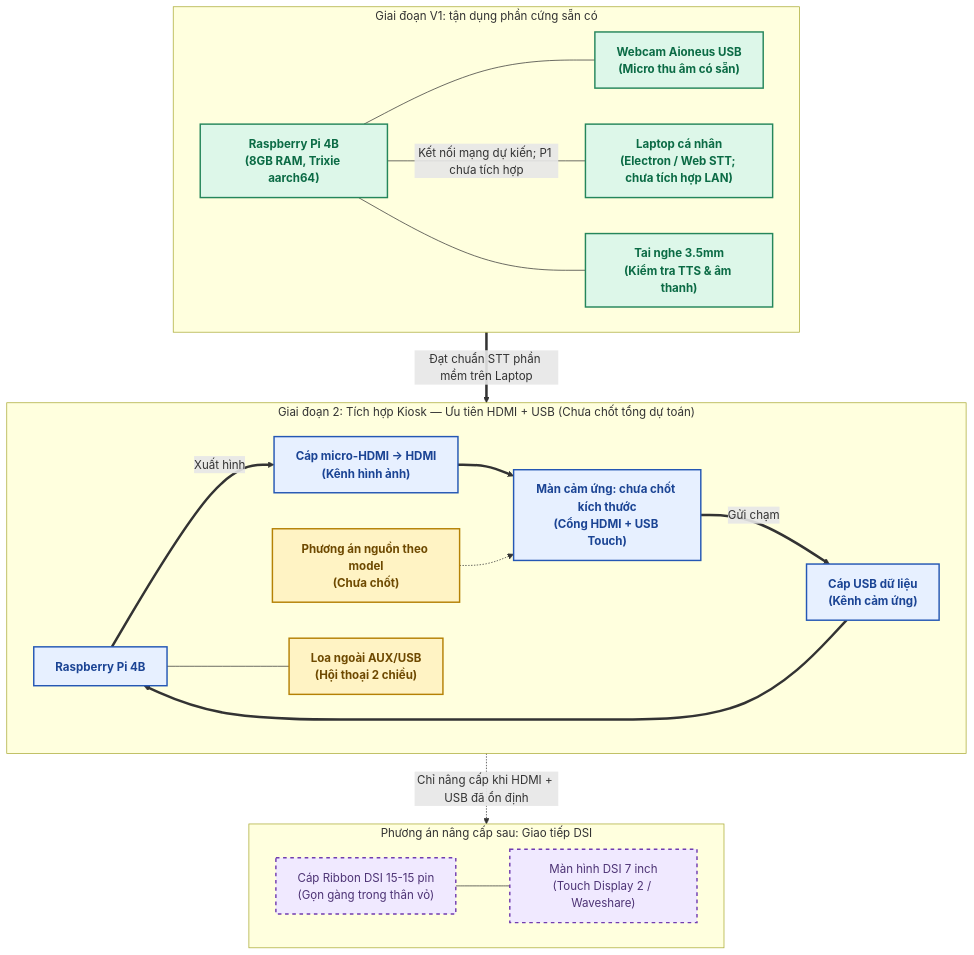
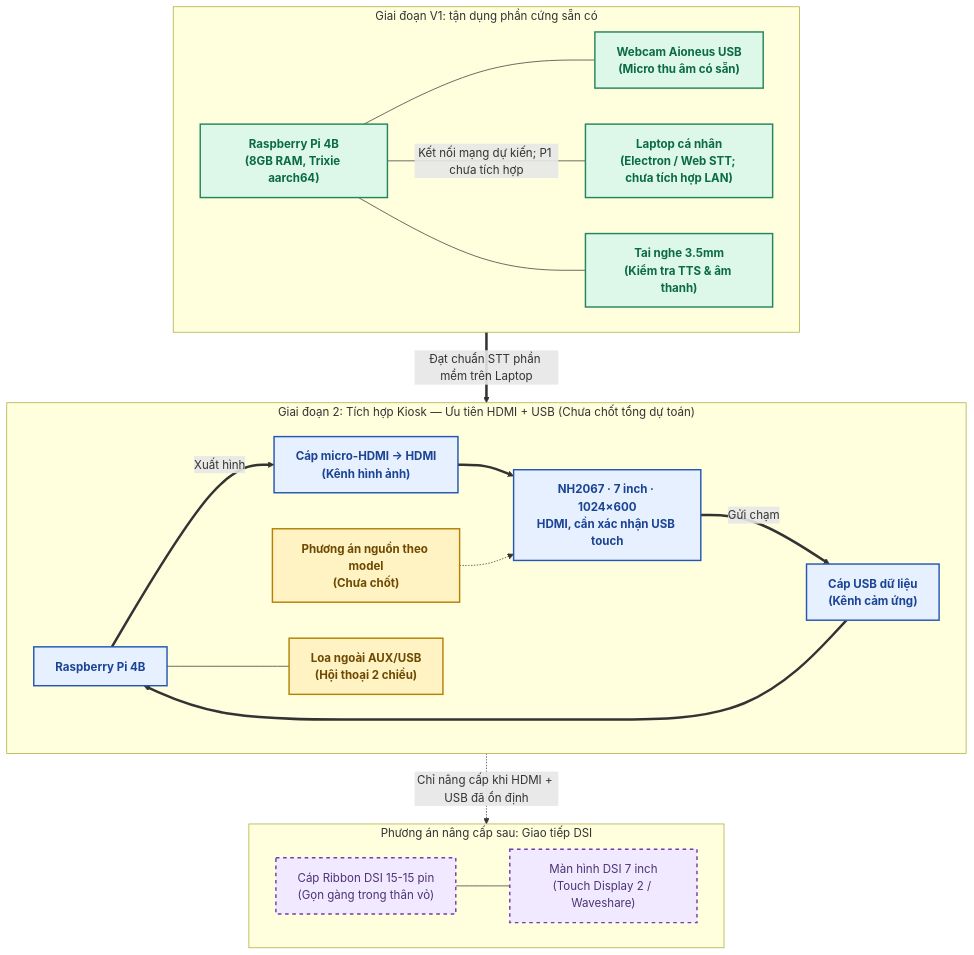
Before and after one commit to Violetta147/PBL6: the diagram in STT_BOM.md, drawn with Mermaid. The commit also changed other lines of this file and 2 other files, not shown here.

````diff
--- a/STT_BOM.md
+++ b/STT_BOM.md
@@ -36,48 +36,48 @@
 ```mermaid
 flowchart TD
     subgraph V1["Giai đoạn V1: tận dụng phần cứng sẵn có"]
         direction LR
         Pi4["Raspberry Pi 4B<br/>(8GB RAM, Trixie aarch64)"]
         CamMic["Webcam Aioneus USB<br/>(Micro thu âm có sẵn)"]
         LaptopScreen["Laptop cá nhân<br/>(Electron / Web STT; chưa tích hợp LAN)"]
         Headphone["Tai nghe 3.5mm<br/>(Kiểm tra TTS & âm thanh)"]
         Pi4 --- CamMic
         Pi4 ---|"Kết nối mạng dự kiến; P1 chưa tích hợp"| LaptopScreen
         Pi4 --- Headphone
     end
 
     subgraph Phase2["Giai đoạn 2: Tích hợp Kiosk — Ưu tiên HDMI + USB (Chưa chốt tổng dự toán)"]
         direction LR
         Pi4_Kiosk["Raspberry Pi 4B"]
-        ScreenHDMI["Màn cảm ứng: chưa chốt kích thước<br/>(Cổng HDMI + USB Touch)"]
+        ScreenHDMI["NH2067 · 7 inch · 1024×600<br/>HDMI, cần xác nhận USB touch"]
         microHDMI["Cáp micro-HDMI → HDMI<br/>(Kênh hình ảnh)"]
         usbTouch["Cáp USB dữ liệu<br/>(Kênh cảm ứng)"]
         pwrScreen["Phương án nguồn theo model<br/>(Chưa chốt)"]
         speaker["Loa ngoài AUX/USB<br/>(Hội thoại 2 chiều)"]
 
         Pi4_Kiosk ==>|"Xuất hình"| microHDMI ==> ScreenHDMI
         ScreenHDMI ==>|"Gửi chạm"| usbTouch ==> Pi4_Kiosk
         pwrScreen -.-> ScreenHDMI
         Pi4_Kiosk --- speaker
     end
 
     subgraph Upgrade["Phương án nâng cấp sau: Giao tiếp DSI"]
         direction LR
         DSI_Screen["Màn hình DSI 7 inch<br/>(Touch Display 2 / Waveshare)"]
         DSI_Ribbon["Cáp Ribbon DSI 15-15 pin<br/>(Gọn gàng trong thân vỏ)"]
         DSI_Ribbon --- DSI_Screen
     end
 
     V1 ==>|"Đạt chuẩn STT phần mềm trên Laptop"| Phase2
     Phase2 -.->|"Chỉ nâng cấp khi HDMI + USB đã ổn định"| Upgrade
 
     classDef passNode fill:#DDF7E9,stroke:#25865B,color:#0B6B45,stroke-width:2px,font-weight:bold;
     classDef primaryNode fill:#E7F0FF,stroke:#2457B4,color:#1B4494,stroke-width:2px,font-weight:bold;
     classDef optNode fill:#F0E9FF,stroke:#713DB0,color:#4D3375,stroke-width:2px,stroke-dasharray: 5 5;
     classDef warnNode fill:#FFF3C4,stroke:#B58105,color:#6E4900,stroke-width:2px,font-weight:bold;
 
     class Pi4,CamMic,LaptopScreen,Headphone passNode;
     class Pi4_Kiosk,ScreenHDMI,microHDMI,usbTouch primaryNode;
     class DSI_Screen,DSI_Ribbon optNode;
     class pwrScreen,speaker warnNode;
 ```
````
